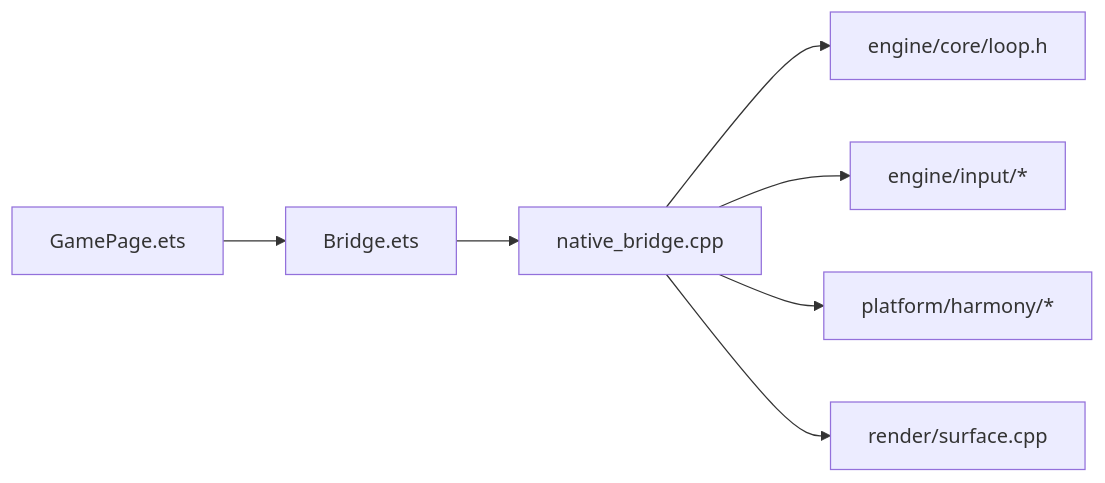
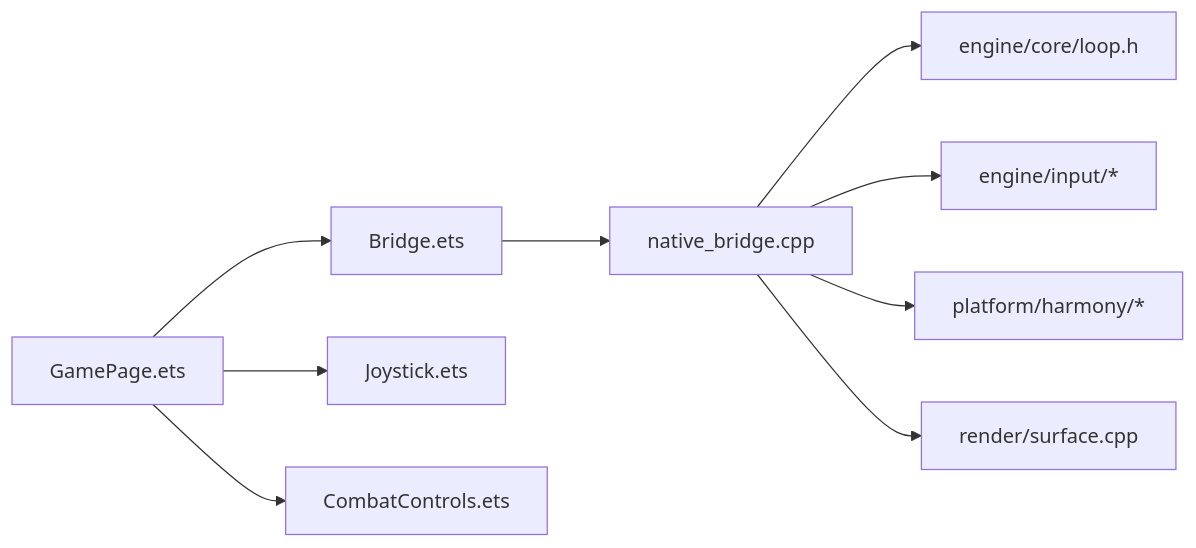
Before and after one commit to sj123sheng/my-world: the sixth of 6 diagrams in .qoder/repowiki/zh/content/前端界面系统/主界面与页面管理.md, drawn with Mermaid. The commit also changed other lines of this file and 28 other files, not shown here.

````diff
--- a/.qoder/repowiki/zh/content/前端界面系统/主界面与页面管理.md
+++ b/.qoder/repowiki/zh/content/前端界面系统/主界面与页面管理.md
@@ -219,9 +274,11 @@
 ```mermaid
 graph LR
 GamePage["GamePage.ets"] --> Bridge["Bridge.ets"]
+GamePage --> Joystick["Joystick.ets"]
+GamePage --> Controls["CombatControls.ets"]
 Bridge --> Native["native_bridge.cpp"]
 Native --> Loop["engine/core/loop.h"]
 Native --> Input["engine/input/*"]
 Native --> Platform["platform/harmony/*"]
 Native --> Surface["render/surface.cpp"]
 ```
````
